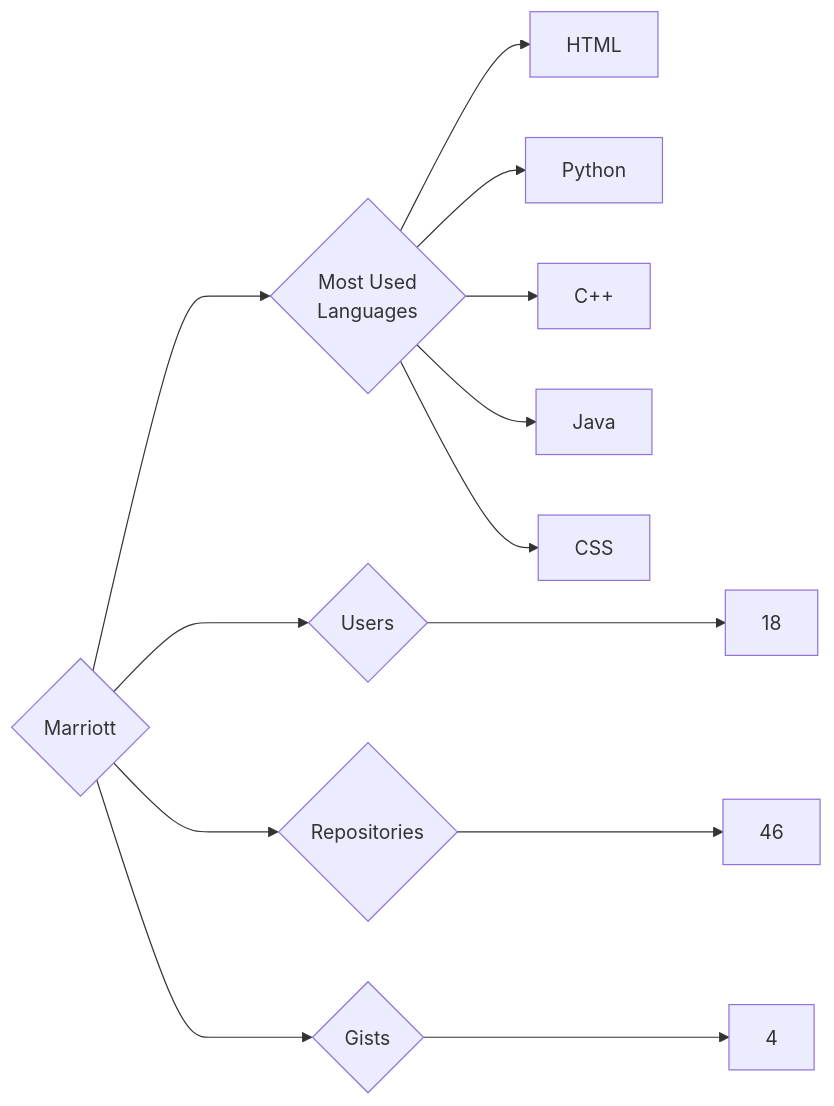
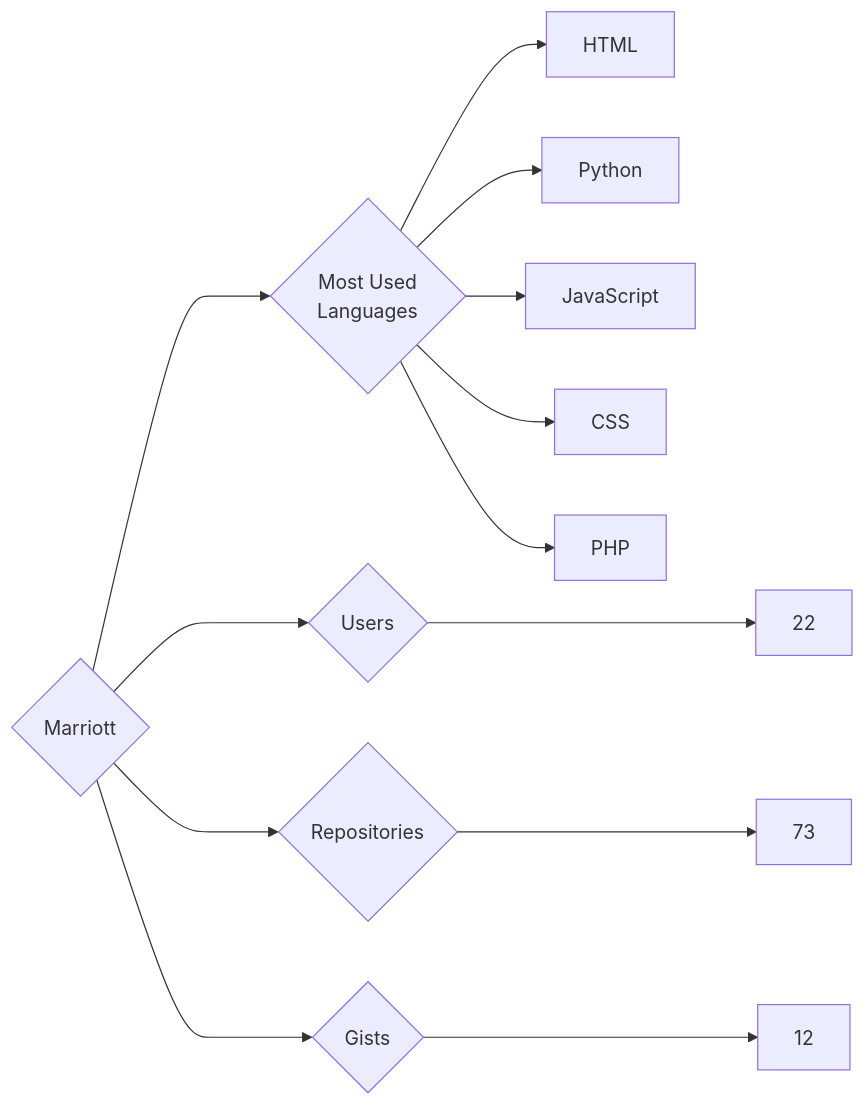
The diagram in targets/Marriott/README.md (trickest/insiders), drawn with Mermaid before and after one commit. The commit also changed 677 other files, not shown here.

````diff
--- a/targets/Marriott/README.md
+++ b/targets/Marriott/README.md
@@ -3,13 +3,13 @@
 ```mermaid
 graph LR
 COMPANY_NAME{Marriott}
-COMPANY_NAME ---> U{Users} ---> UN[18]
-COMPANY_NAME ---> R{Repositories} ---> RN[46]
-COMPANY_NAME ---> G{Gists} ---> GN[4]
+COMPANY_NAME ---> U{Users} ---> UN[22]
+COMPANY_NAME ---> R{Repositories} ---> RN[73]
+COMPANY_NAME ---> G{Gists} ---> GN[12]
 COMPANY_NAME ---> ML{Most Used<br>Languages}
 ML --> HTML[HTML]
 ML --> Python[Python]
-ML --> C++[C++]
-ML --> Java[Java]
+ML --> JavaScript[JavaScript]
 ML --> CSS[CSS]
+ML --> PHP[PHP]
 ```
````
